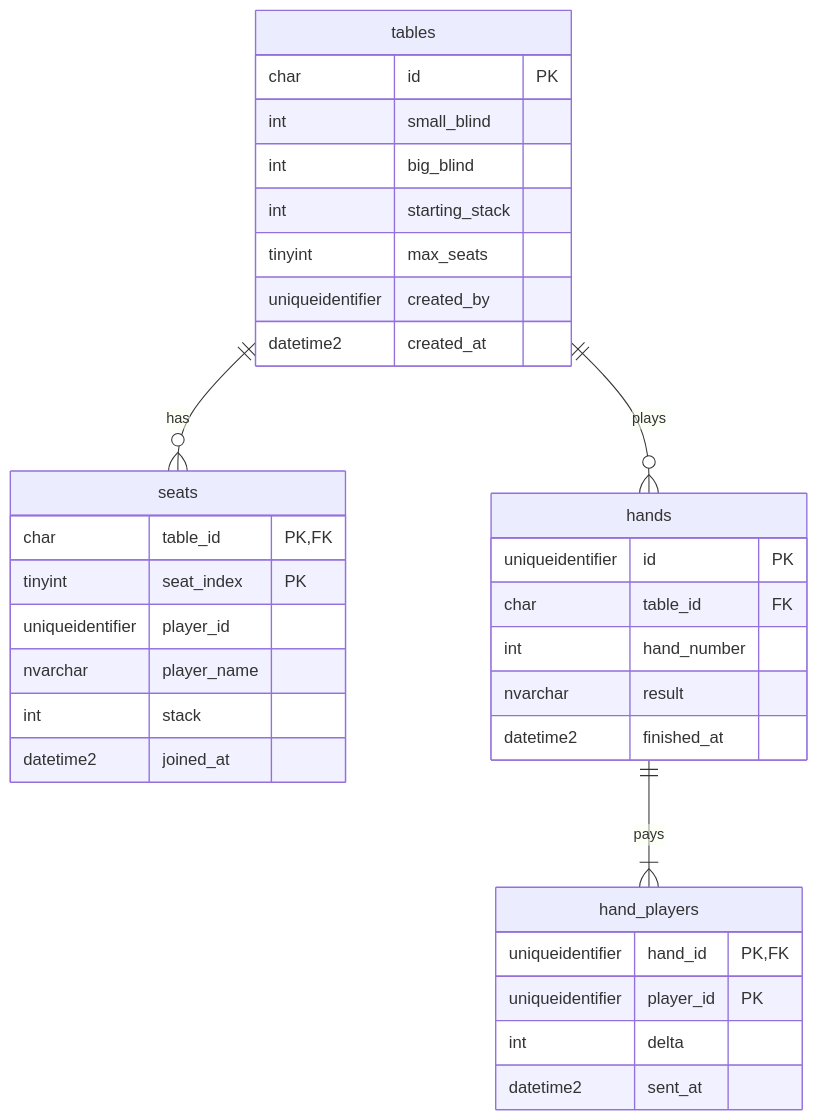
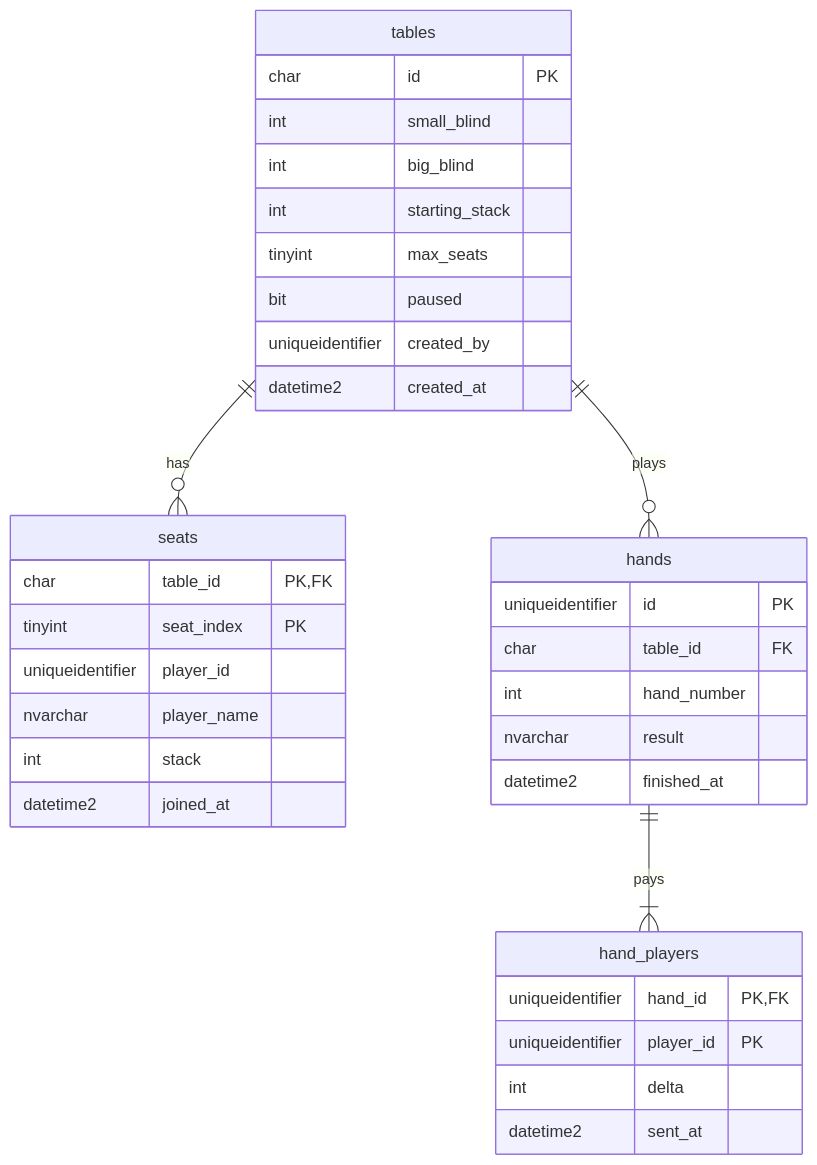
Before and after one commit to iciaradelino/pokerface: the second of 2 diagrams in docs/data-model.md, drawn with Mermaid. The commit also changed other lines of this file and 12 other files, not shown here.

````diff
--- a/docs/data-model.md
+++ b/docs/data-model.md
@@ -92,36 +92,37 @@
 ```mermaid
 erDiagram
     tables ||--o{ seats : "has"
     tables ||--o{ hands : "plays"
     hands ||--|{ hand_players : "pays"
     tables {
         char id PK
         int small_blind
         int big_blind
         int starting_stack
         tinyint max_seats
+        bit paused
         uniqueidentifier created_by
         datetime2 created_at
     }
     seats {
         char table_id PK, FK
         tinyint seat_index PK
         uniqueidentifier player_id
         nvarchar player_name
         int stack
         datetime2 joined_at
     }
     hands {
         uniqueidentifier id PK
         char table_id FK
         int hand_number
         nvarchar result
         datetime2 finished_at
     }
     hand_players {
         uniqueidentifier hand_id PK, FK
         uniqueidentifier player_id PK
         int delta
         datetime2 sent_at
     }
 ```
````
